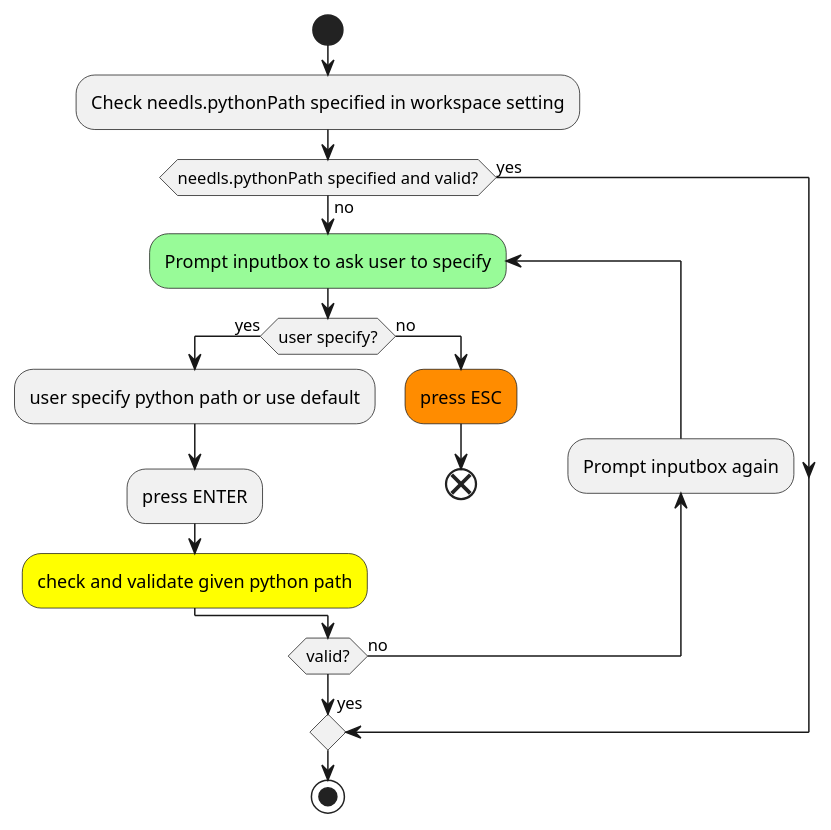
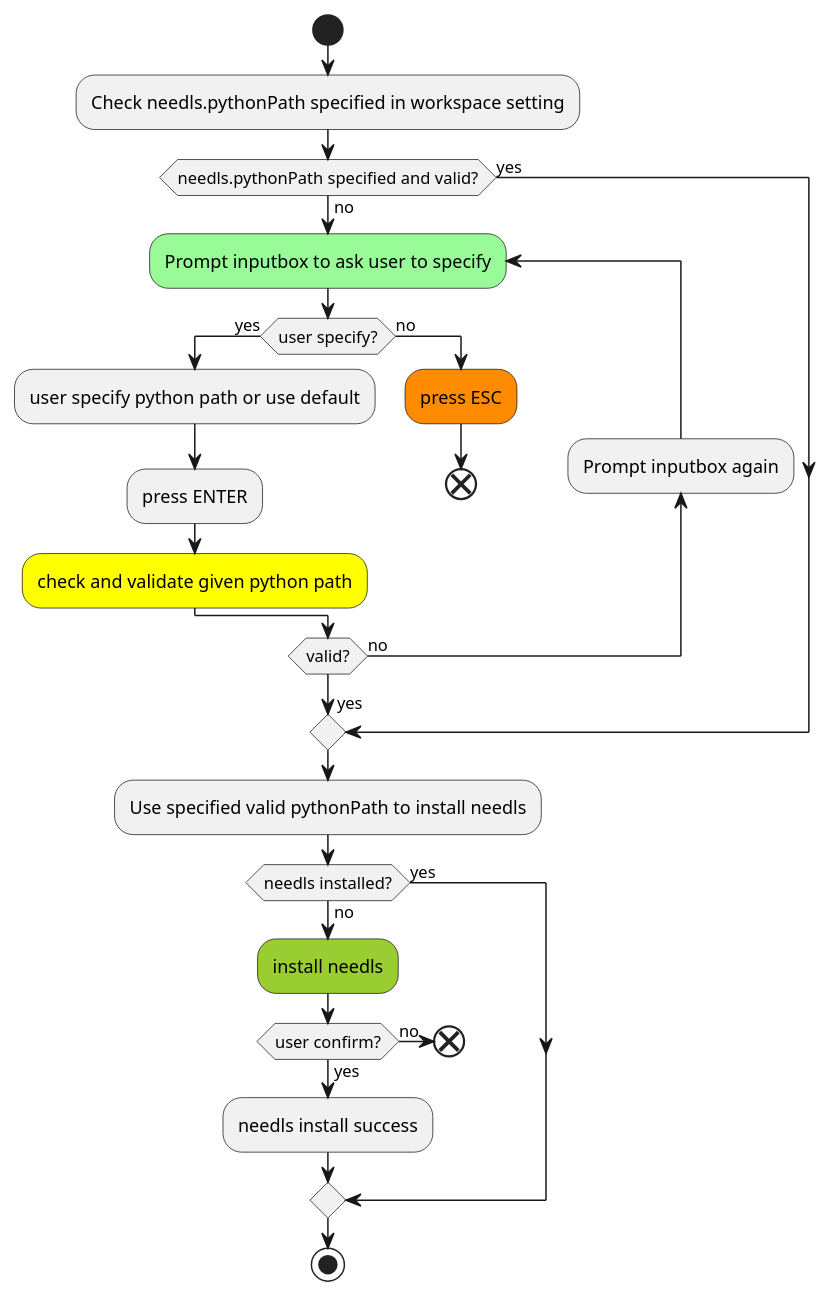
Before and after one commit to open-needs/open-needs-ide: the diagram in docs/arch.rst, drawn with PlantUML. The commit also changed other lines of this file, not shown here.

Commit message:
Adapted diagram for needls install process

```diff
--- a/docs/arch.rst
+++ b/docs/arch.rst
@@ -4,30 +6,43 @@
 .. uml::
 
     @startuml
     start
 
     :Check needls.pythonPath specified in workspace setting;
 
     if (needls.pythonPath specified and valid?) then (no)
 
         #palegreen:repeat :Prompt inputbox to ask user to specify;
             if (user specify?) then (yes)
                 :user specify python path or use default;
                 :press ENTER;
                 #yellow:check and validate given python path;
             else (no)
                 #darkorange:press ESC;
                 end
 
             endif
 
         backward:Prompt inputbox again;
         repeat while (valid?) is (no)
         ->yes;
 
     else (yes)
 
     endif
 
+    :Use specified valid pythonPath to install needls;
+    if (needls installed?) then (no)
+        #yellowgreen:install needls;
+        if (user confirm?) then (yes)
+            :needls install success;
+        else (no)
+            end
+        endif
+
+    else (yes)
+
+    endif
+
     stop
     @enduml
```
